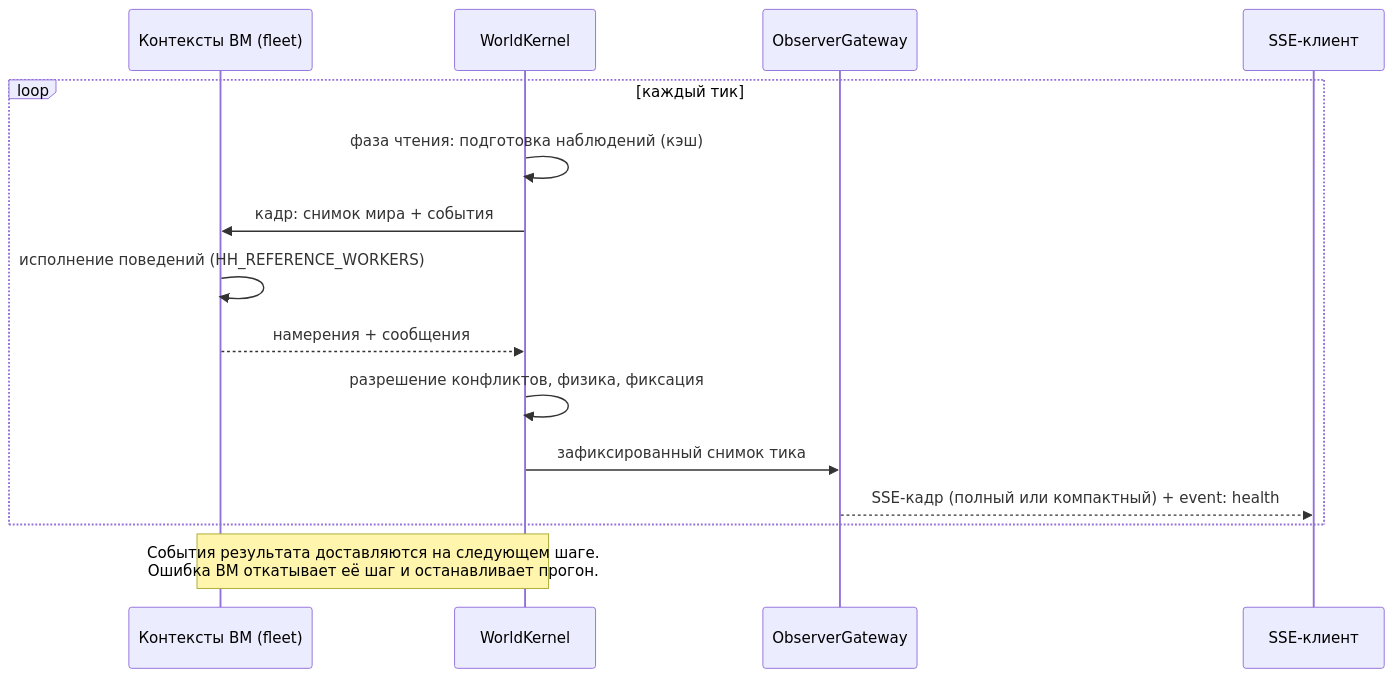
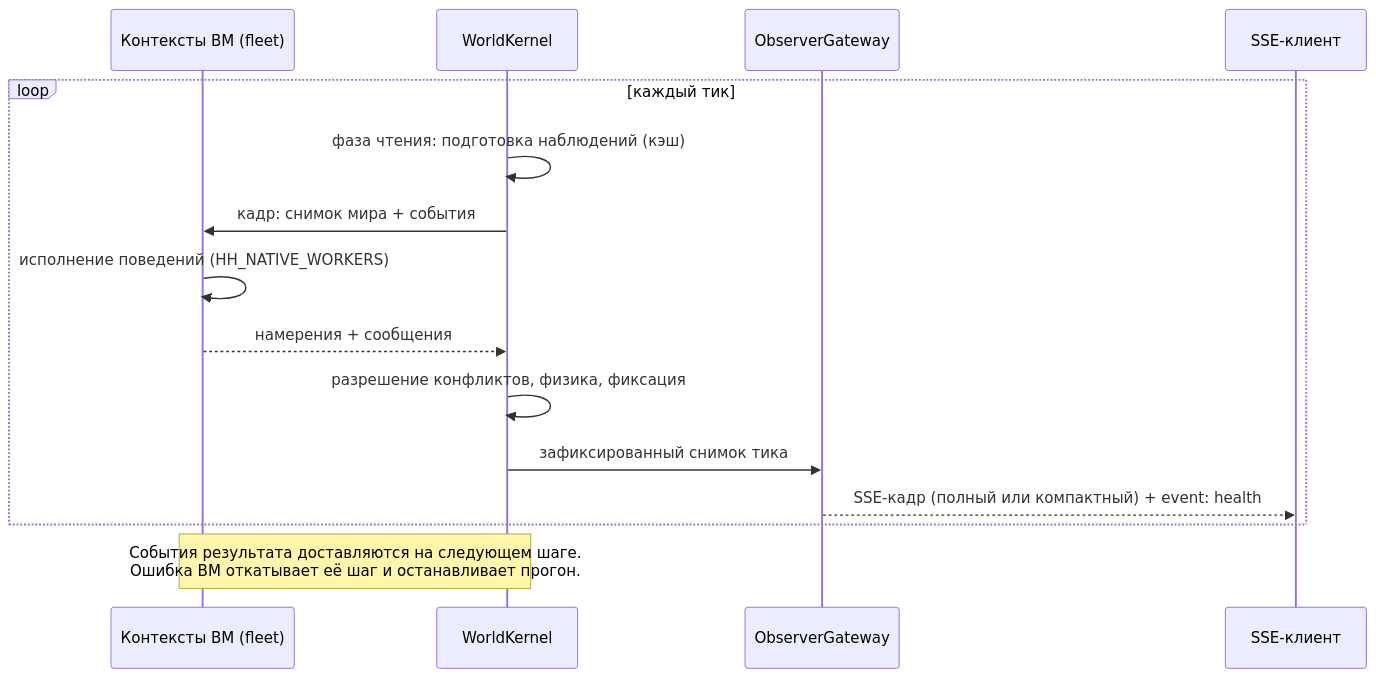
Before and after one commit to FeToR1/hadleys-hope-simulator: the diagram in docs/spec/runtime-tick.md, drawn with Mermaid. The commit also changed other lines of this file and 109 other files, not shown here.

````diff
--- a/docs/spec/runtime-tick.md
+++ b/docs/spec/runtime-tick.md
@@ -36,17 +36,17 @@
 ```mermaid
 sequenceDiagram
     participant VM as Контексты ВМ (fleet)
     participant WK as WorldKernel
     participant GW as ObserverGateway
     participant UI as SSE-клиент
     loop каждый тик
         WK->>WK: фаза чтения: подготовка наблюдений (кэш)
         WK->>VM: кадр: снимок мира + события
-        VM->>VM: исполнение поведений (HH_REFERENCE_WORKERS)
+        VM->>VM: исполнение поведений (HH_NATIVE_WORKERS)
         VM-->>WK: намерения + сообщения
         WK->>WK: разрешение конфликтов, физика, фиксация
         WK->>GW: зафиксированный снимок тика
         GW-->>UI: SSE-кадр (полный или компактный) + event: health
     end
     Note over VM,WK: События результата доставляются на следующем шаге.<br/>Ошибка ВМ откатывает её шаг и останавливает прогон.
 ```
````
